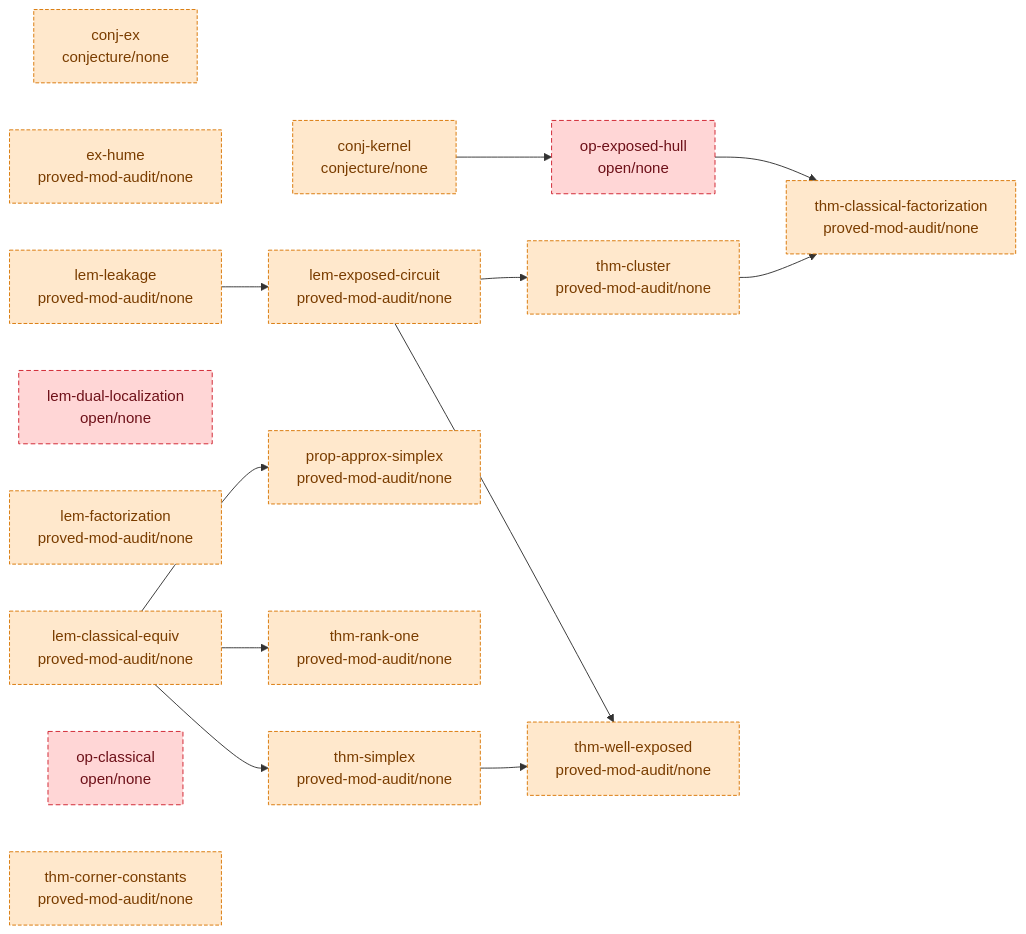
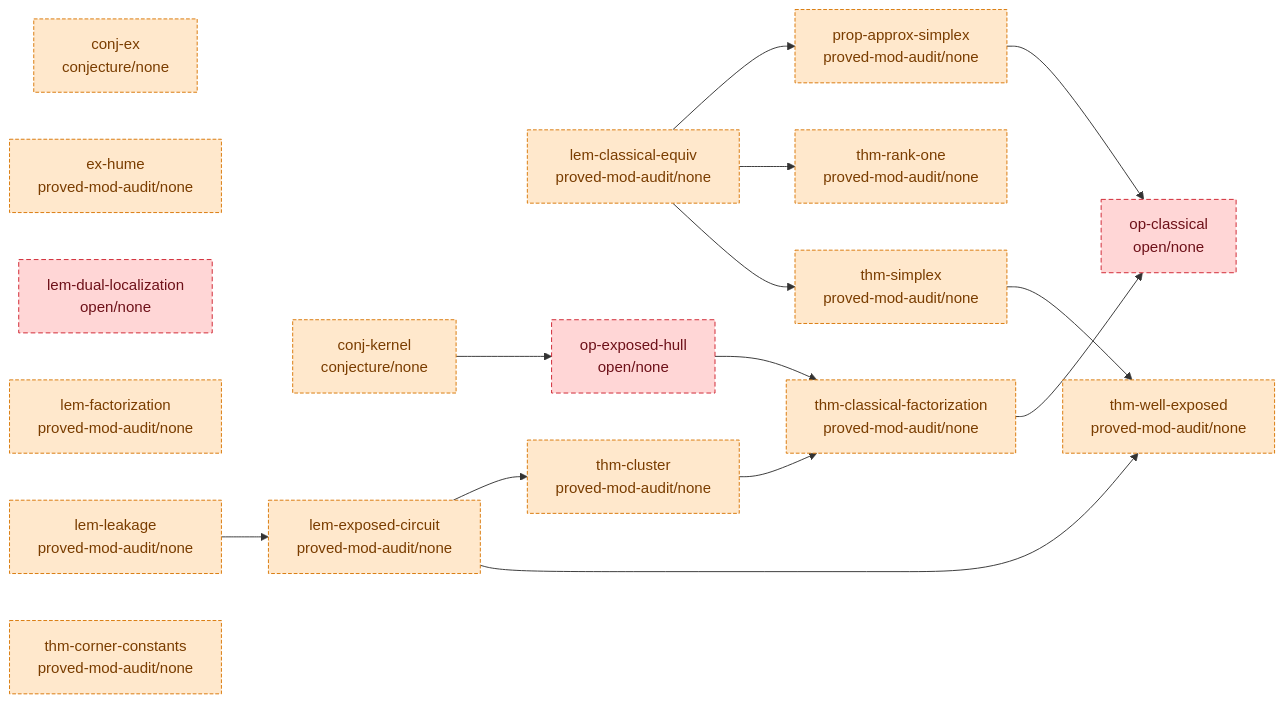
Before and after one commit to tobiasosborne/almost-idempotent-stochastic-maps: the diagram in argument/DAG.md, drawn with Mermaid. The commit also changed other lines of this file and 1 other file, not shown here.

````diff
--- a/argument/DAG.md
+++ b/argument/DAG.md
@@ -6,39 +6,41 @@
 ```mermaid
 graph LR
   classDef validated fill:#b7f7c2,stroke:#1a7f37,color:#0b3d18;
   classDef proved fill:#cfe3ff,stroke:#0969da,color:#0a3069;
   classDef seeded fill:#fff3c4,stroke:#bf8700,color:#5a4500;
   classDef stated fill:#eaecef,stroke:#8b949e,color:#24292f;
   classDef cited fill:#e7d6ff,stroke:#8250df,color:#3b1a73;
   classDef nonrigorous fill:#ffe8cc,stroke:#d97706,color:#7a3d00,stroke-dasharray:4 2;
   classDef open fill:#ffd6d6,stroke:#cf222e,color:#6e1119,stroke-dasharray:5 3;
   conj-ex["conj-ex<br/>conjecture/none"]
   conj-kernel["conj-kernel<br/>conjecture/none"]
   ex-hume["ex-hume<br/>proved-mod-audit/none"]
   lem-classical-equiv["lem-classical-equiv<br/>proved-mod-audit/none"]
   lem-dual-localization["lem-dual-localization<br/>open/none"]
   lem-exposed-circuit["lem-exposed-circuit<br/>proved-mod-audit/none"]
   lem-factorization["lem-factorization<br/>proved-mod-audit/none"]
   lem-leakage["lem-leakage<br/>proved-mod-audit/none"]
   op-classical["op-classical<br/>open/none"]
   op-exposed-hull["op-exposed-hull<br/>open/none"]
   prop-approx-simplex["prop-approx-simplex<br/>proved-mod-audit/none"]
   thm-classical-factorization["thm-classical-factorization<br/>proved-mod-audit/none"]
   thm-cluster["thm-cluster<br/>proved-mod-audit/none"]
   thm-corner-constants["thm-corner-constants<br/>proved-mod-audit/none"]
   thm-rank-one["thm-rank-one<br/>proved-mod-audit/none"]
   thm-simplex["thm-simplex<br/>proved-mod-audit/none"]
   thm-well-exposed["thm-well-exposed<br/>proved-mod-audit/none"]
   conj-kernel --> op-exposed-hull
   lem-classical-equiv --> prop-approx-simplex
   lem-classical-equiv --> thm-rank-one
   lem-classical-equiv --> thm-simplex
   lem-exposed-circuit --> thm-cluster
   lem-exposed-circuit --> thm-well-exposed
   lem-leakage --> lem-exposed-circuit
   op-exposed-hull --> thm-classical-factorization
+  prop-approx-simplex --> op-classical
+  thm-classical-factorization --> op-classical
   thm-cluster --> thm-classical-factorization
   thm-simplex --> thm-well-exposed
   class conj-ex,conj-kernel,ex-hume,lem-classical-equiv,lem-exposed-circuit,lem-factorization,lem-leakage,prop-approx-simplex,thm-classical-factorization,thm-cluster,thm-corner-constants,thm-rank-one,thm-simplex,thm-well-exposed nonrigorous;
   class lem-dual-localization,op-classical,op-exposed-hull open;
 ```
````
